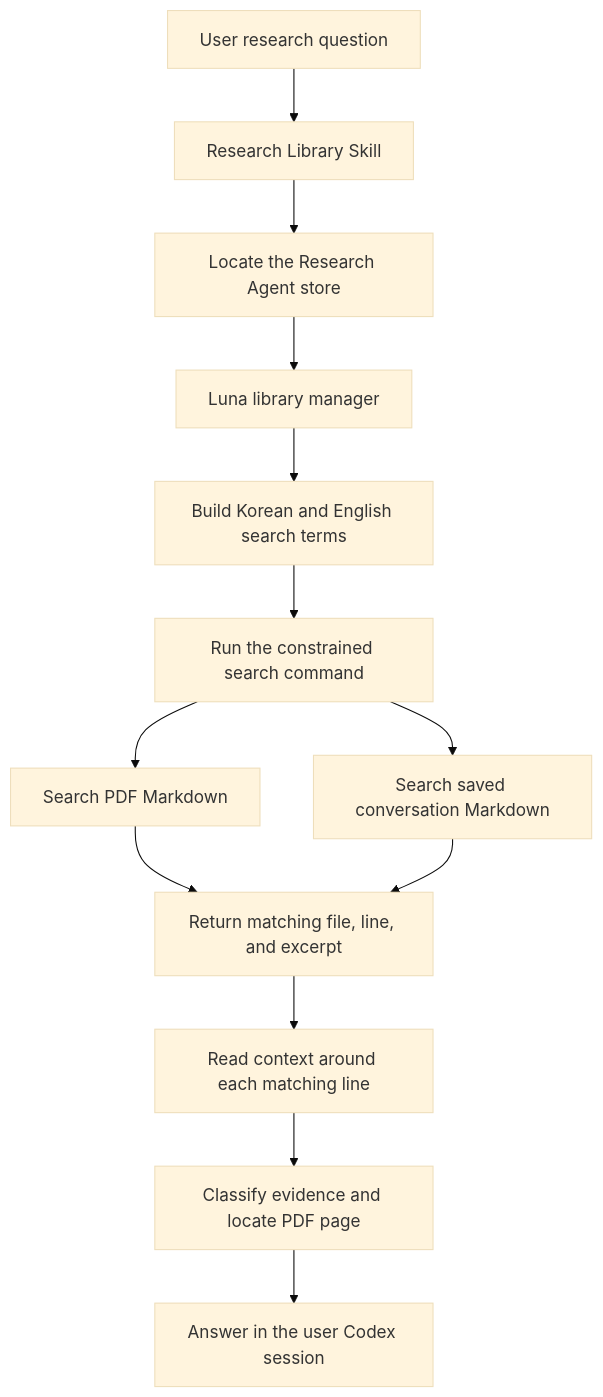
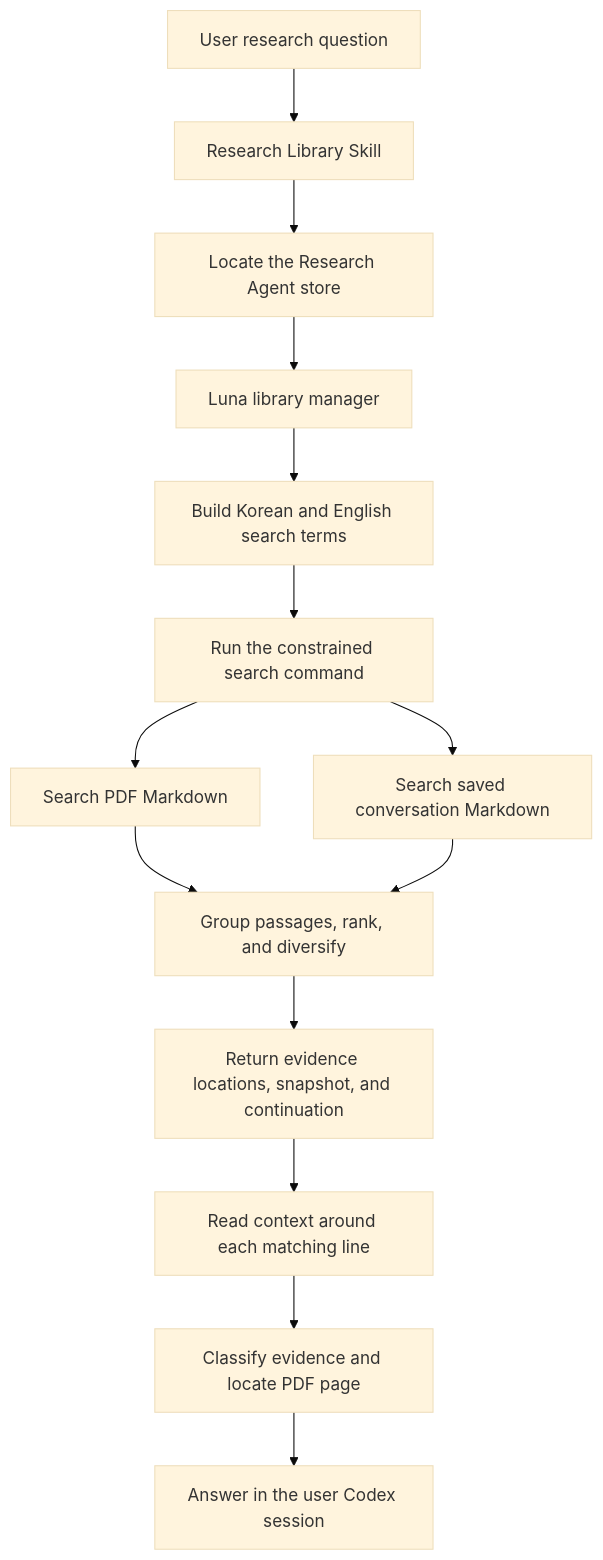
The seventh of 10 diagrams in docs/technical/README.en.md (LWH4Data/research-agent), drawn with Mermaid (base theme) before and after one commit. The commit also changed other lines of this file and 69 other files, not shown here.

````diff
--- a/docs/technical/README.en.md
+++ b/docs/technical/README.en.md
@@ -723,15 +854,16 @@
 ```mermaid
 flowchart TD
     U[User research question] --> S[Research Library Skill]
     S --> R[Locate the Research Agent store]
     R --> A[Luna library manager]
     A --> Q[Build Korean and English search terms]
     Q --> T[Run the constrained search command]
     T --> P[Search PDF Markdown]
     T --> C[Search saved conversation Markdown]
-    P --> M[Return matching file, line, and excerpt]
-    C --> M
+    P --> G[Group passages, rank, and diversify]
+    C --> G
+    G --> M[Return evidence locations, snapshot, and continuation]
     M --> X[Read context around each matching line]
     X --> E[Classify evidence and locate PDF page]
     E --> O[Answer in the user Codex session]
 ```
````
